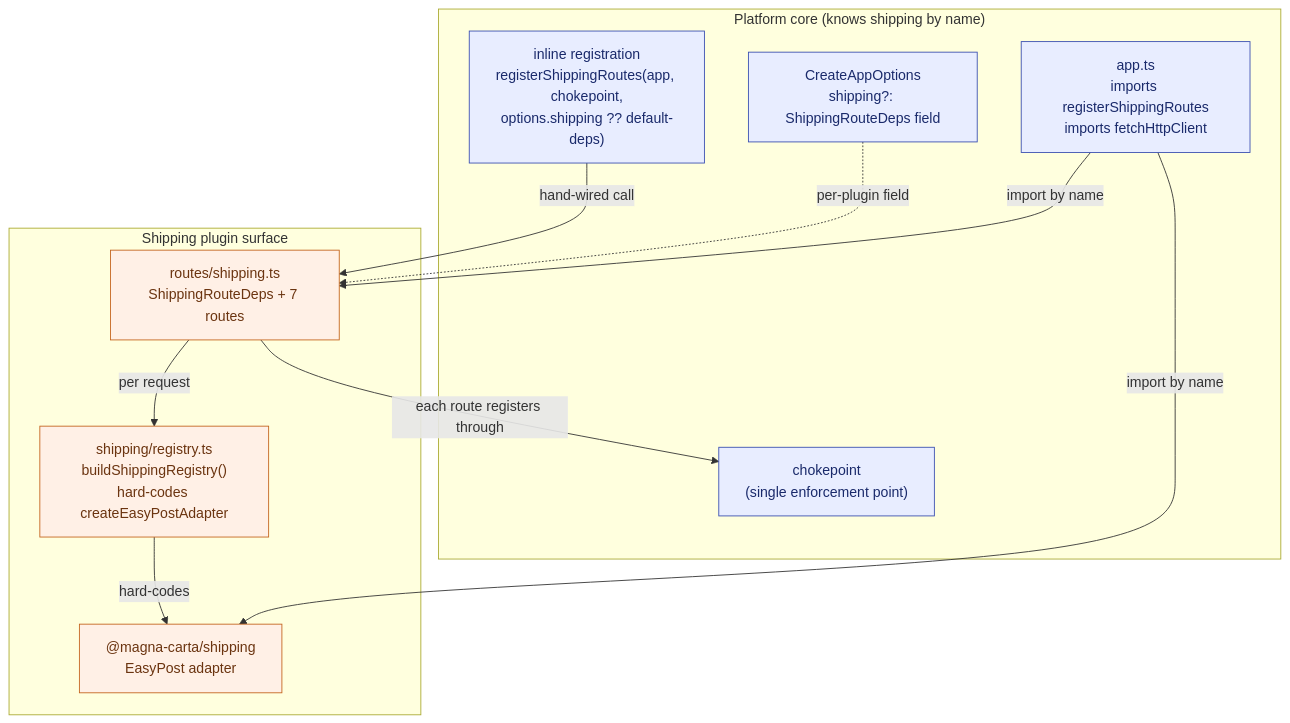
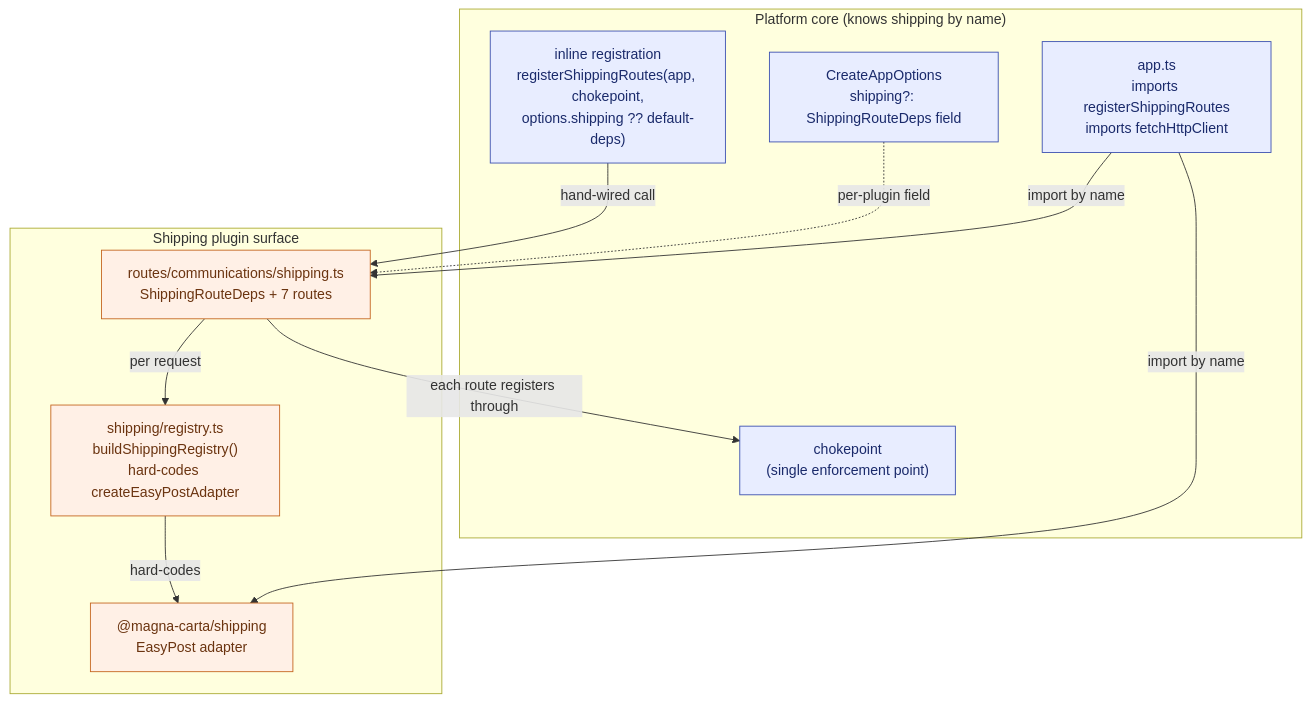
One commit to Phauks/magna-carta changed the first of 4 diagrams in docs/specs/2026-06-17-integration-platform-visualization.md. Above: the diagram before and after it, drawn with Mermaid. The commit also changed other lines of this file and 471 other files, not shown here.

````diff
--- a/docs/specs/2026-06-17-integration-platform-visualization.md
+++ b/docs/specs/2026-06-17-integration-platform-visualization.md
@@ -28,28 +28,28 @@
 ```mermaid
 flowchart TB
   subgraph core["Platform core (knows shipping by name)"]
     app["app.ts<br/>imports registerShippingRoutes<br/>imports fetchHttpClient"]
     opts["CreateAppOptions<br/>shipping?: ShippingRouteDeps field"]
     reg["inline registration<br/>registerShippingRoutes(app, chokepoint,<br/>options.shipping ?? default-deps)"]
     chk["chokepoint<br/>(single enforcement point)"]
   end
 
   subgraph plugin["Shipping plugin surface"]
-    routes["routes/shipping.ts<br/>ShippingRouteDeps + 7 routes"]
+    routes["routes/communications/shipping.ts<br/>ShippingRouteDeps + 7 routes"]
     shimreg["shipping/registry.ts<br/>buildShippingRegistry()<br/>hard-codes createEasyPostAdapter"]
     adapter["@magna-carta/shipping<br/>EasyPost adapter"]
   end
 
   app -->|"import by name"| routes
   app -->|"import by name"| adapter
   opts -.->|"per-plugin field"| routes
   reg -->|"hand-wired call"| routes
   routes -->|"per request"| shimreg
   shimreg -->|"hard-codes"| adapter
   routes -->|"each route registers through"| chk
 
   classDef coreNode fill:#e8edff,stroke:#3a4fb0,color:#1a2a6b;
   classDef pluginNode fill:#fff0e6,stroke:#c4641e,color:#6b3410;
   class app,opts,reg,chk coreNode;
   class routes,shimreg,adapter pluginNode;
 ```
````
